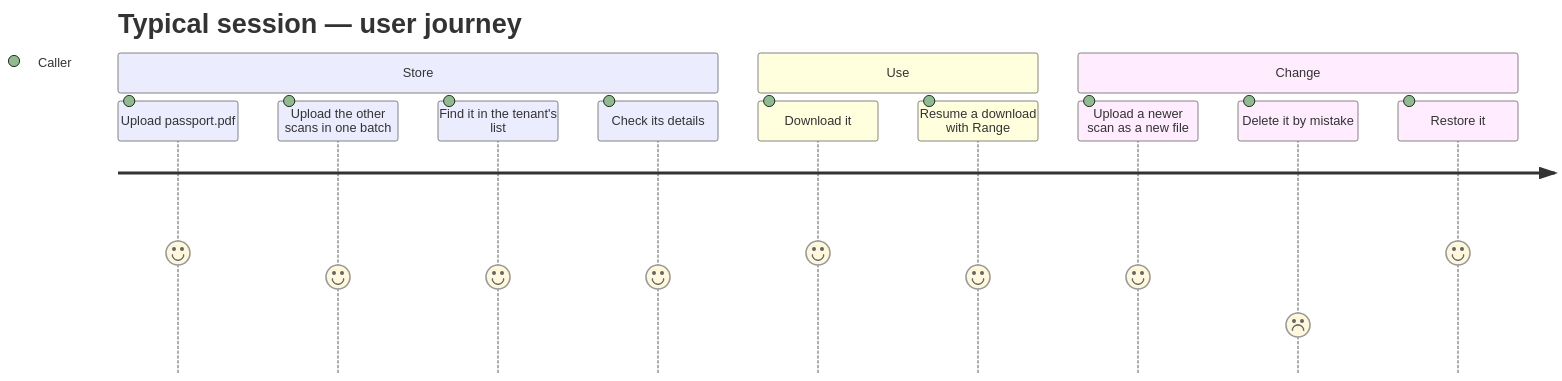
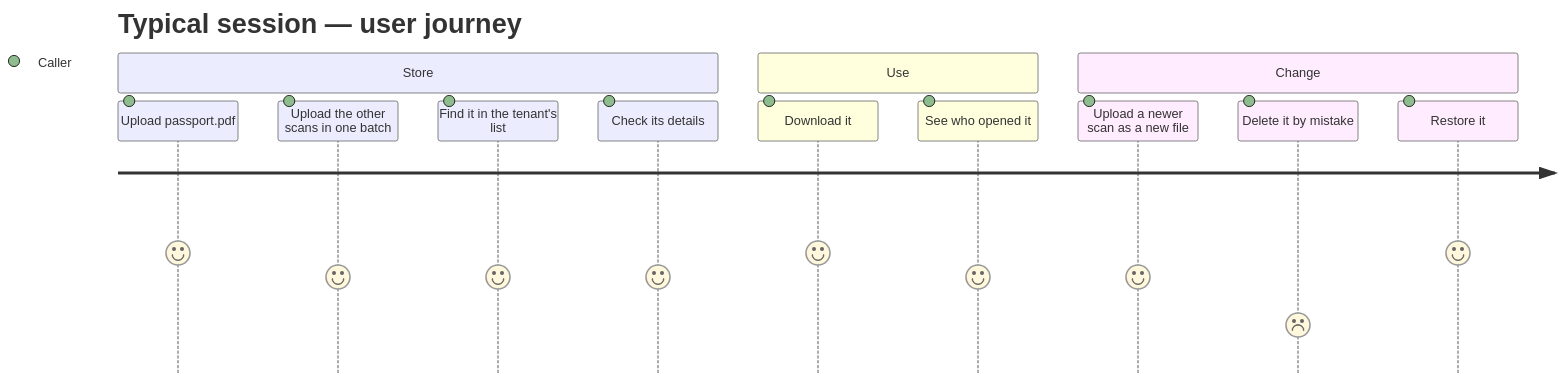
One commit to gmetskhvarishvili/GM.FileStorage.Samples changed diagram 11 of 11 in docs/user-flows.md. Above: the diagram before and after it, drawn with Mermaid. The commit also changed other lines of this file and 20 other files, not shown here.

````diff
--- a/docs/user-flows.md
+++ b/docs/user-flows.md
@@ -238,16 +230,16 @@
 ```mermaid
 journey
     title Typical session — user journey
     section Store
       Upload passport.pdf: 5: Caller
       Upload the other scans in one batch: 4: Caller
       Find it in the tenant's list: 4: Caller
       Check its details: 4: Caller
     section Use
       Download it: 5: Caller
-      Resume a download with Range: 4: Caller
+      See who opened it: 4: Caller
     section Change
       Upload a newer scan as a new file: 4: Caller
       Delete it by mistake: 2: Caller
       Restore it: 5: Caller
 ```
````
